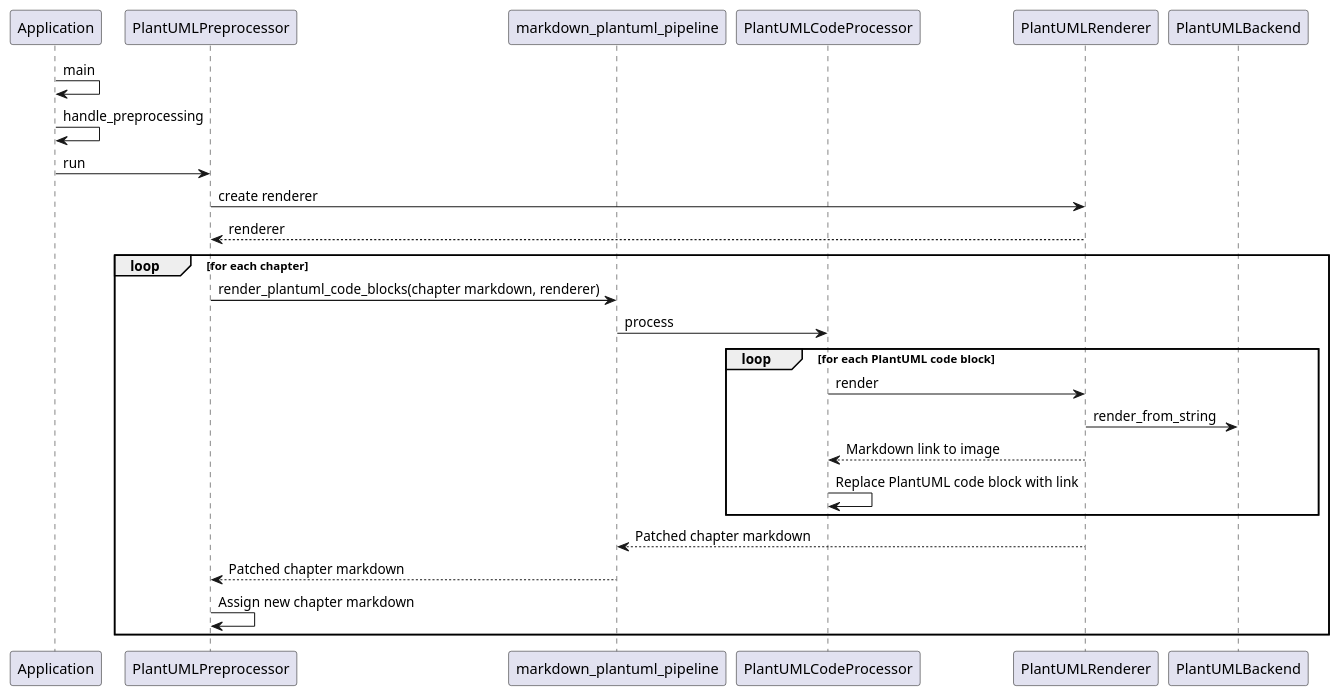
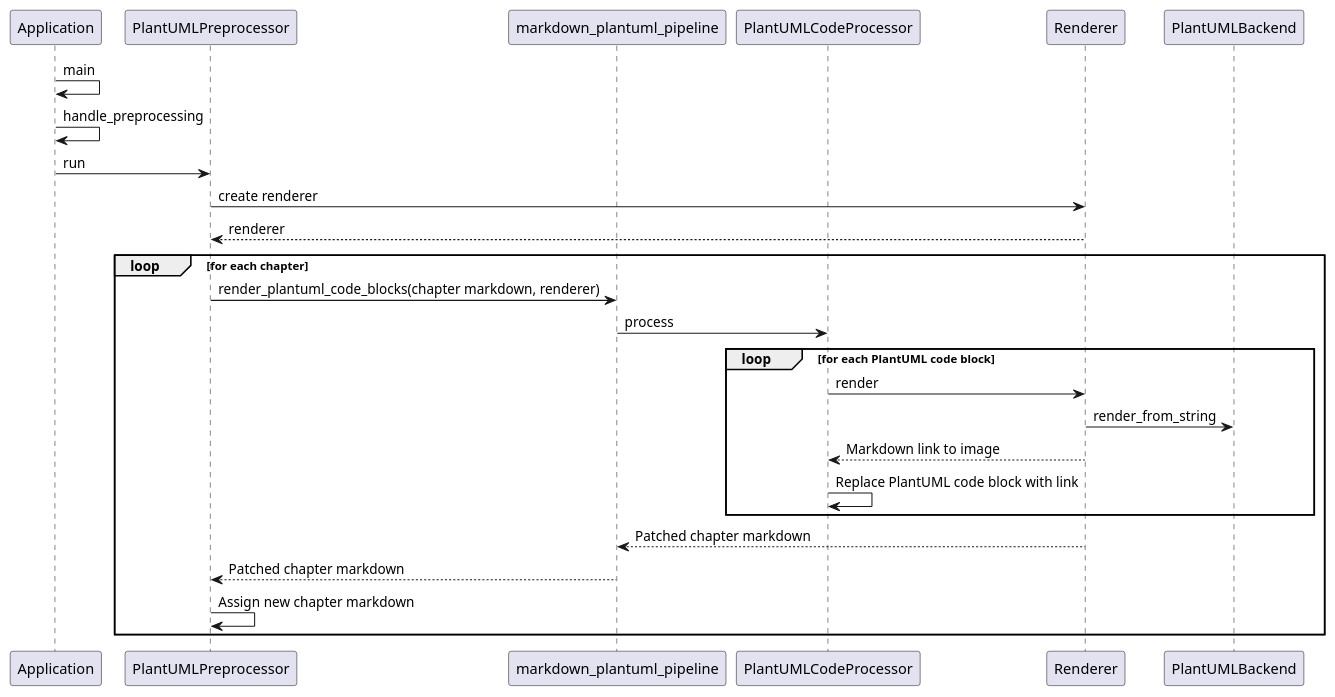
One commit to sytsereitsma/mdbook-plantuml changed the diagram in doc/img/conversion_sequence.puml. Above: the diagram before and after it, drawn with PlantUML. The commit also changed 3 other files, not shown here.

Commit message:
rename 'PlantUMLRenderer -> Renderer'

```diff
--- a/doc/img/conversion_sequence.puml
+++ b/doc/img/conversion_sequence.puml
@@ -1,27 +1,27 @@
 @startuml
 participant Application
 participant PlantUMLPreprocessor
 participant markdown_plantuml_pipeline
 participant PlantUMLCodeProcessor
-participant PlantUMLRenderer
+participant Renderer
 participant PlantUMLBackend
 
 Application -> Application: main
 	Application -> Application: handle_preprocessing
 	Application -> PlantUMLPreprocessor: run
-		PlantUMLPreprocessor -> PlantUMLRenderer: create renderer
-		PlantUMLRenderer --> PlantUMLPreprocessor: renderer
+		PlantUMLPreprocessor -> Renderer: create renderer
+		Renderer --> PlantUMLPreprocessor: renderer
 		loop for each chapter
 			PlantUMLPreprocessor -> markdown_plantuml_pipeline: render_plantuml_code_blocks(chapter markdown, renderer)
 			markdown_plantuml_pipeline -> PlantUMLCodeProcessor: process
 			loop for each PlantUML code block
-				PlantUMLCodeProcessor -> PlantUMLRenderer: render
-					PlantUMLRenderer -> PlantUMLBackend: render_from_string
-				PlantUMLRenderer --> PlantUMLCodeProcessor: Markdown link to image
+				PlantUMLCodeProcessor -> Renderer: render
+					Renderer -> PlantUMLBackend: render_from_string
+				Renderer --> PlantUMLCodeProcessor: Markdown link to image
 				PlantUMLCodeProcessor -> PlantUMLCodeProcessor: Replace PlantUML code block with link
 			end				
-			PlantUMLRenderer --> markdown_plantuml_pipeline: Patched chapter markdown
+			Renderer --> markdown_plantuml_pipeline: Patched chapter markdown
 			markdown_plantuml_pipeline --> PlantUMLPreprocessor: Patched chapter markdown
 			PlantUMLPreprocessor -> PlantUMLPreprocessor: Assign new chapter markdown
 		end
 @enduml
```
